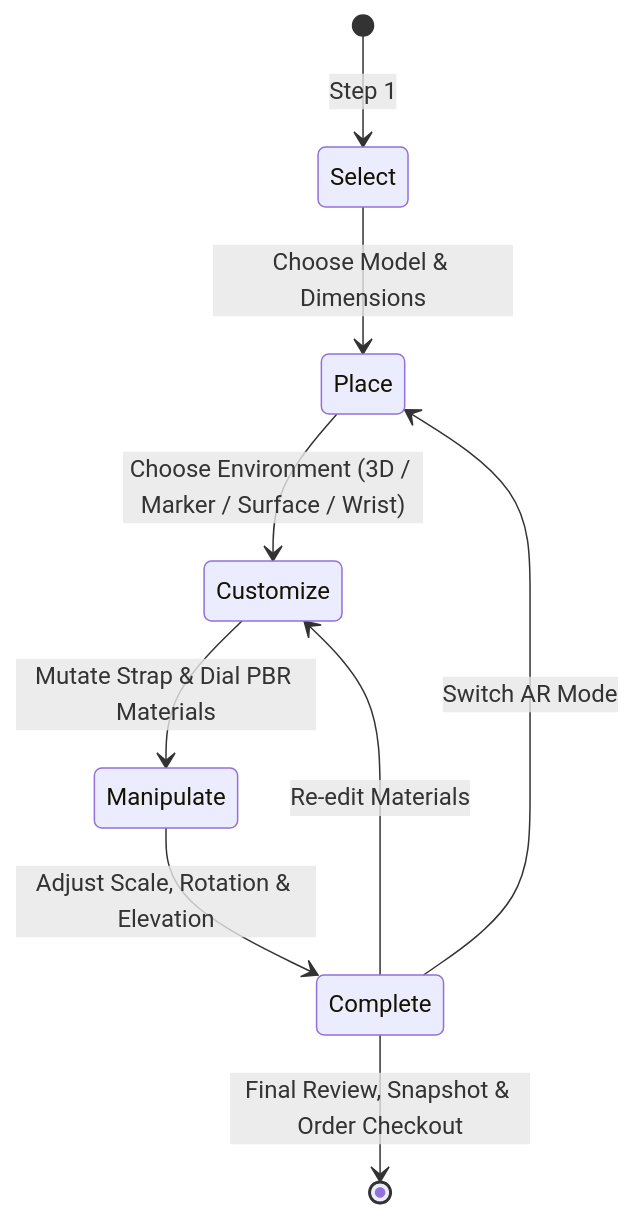
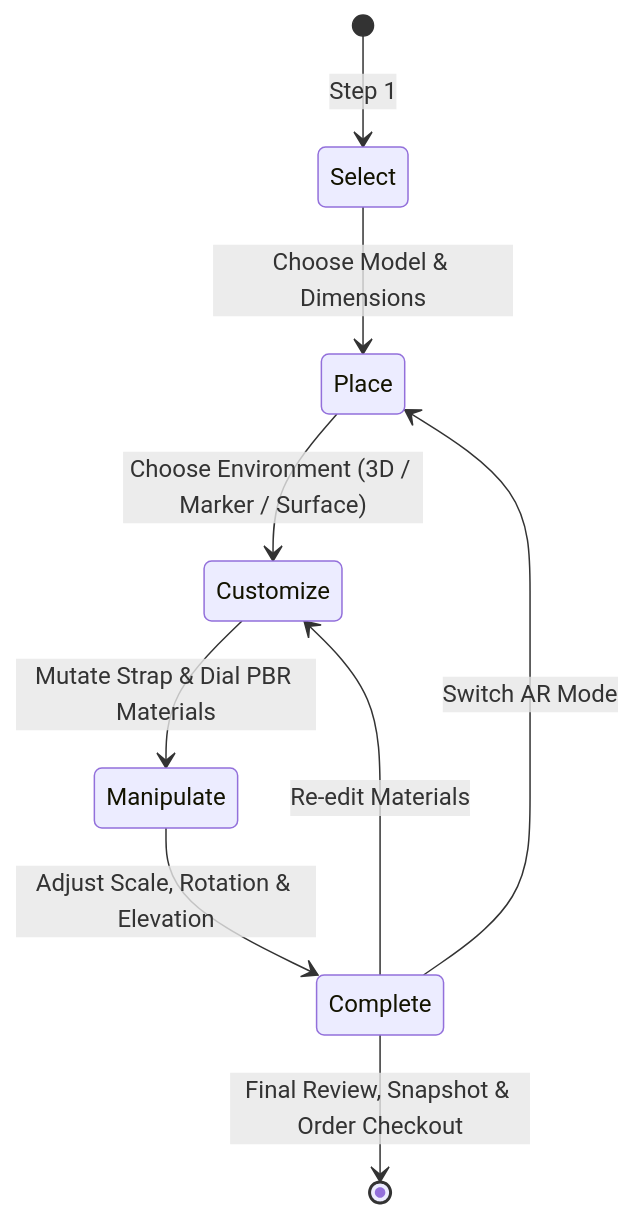
One commit to dhanitha0725/ar-watch-shop changed the third of 3 diagrams in architecture.md. Above: the diagram before and after it, drawn with Mermaid. The commit also changed other lines of this file and 22 other files, not shown here.

````diff
--- a/architecture.md
+++ b/architecture.md
@@ -286,12 +240,12 @@
 ```mermaid
 stateDiagram-v2
     [*] --> Select: Step 1
     Select --> Place: Choose Model & Dimensions
-    Place --> Customize: Choose Environment (3D / Marker / Surface / Wrist)
+    Place --> Customize: Choose Environment (3D / Marker / Surface)
     Customize --> Manipulate: Mutate Strap & Dial PBR Materials
     Manipulate --> Complete: Adjust Scale, Rotation & Elevation
     Complete --> [*]: Final Review, Snapshot & Order Checkout
     
     Complete --> Customize: Re-edit Materials
     Complete --> Place: Switch AR Mode
 ```
````
